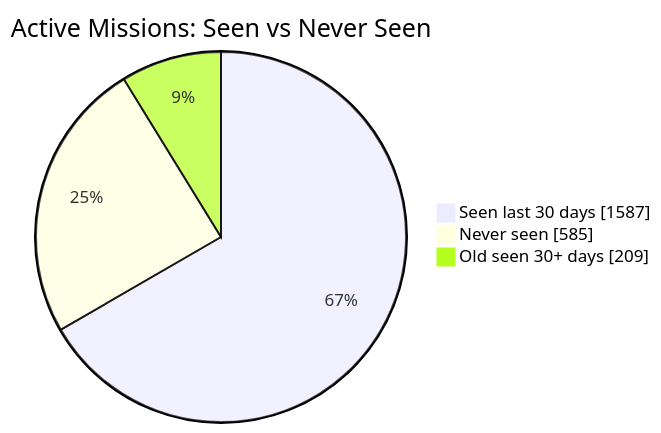
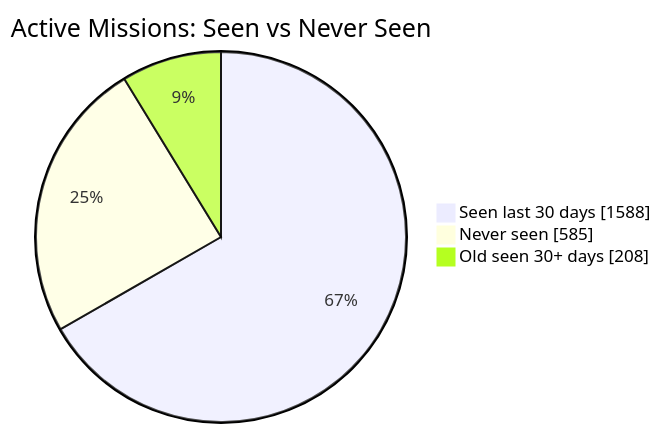
One commit to MeldkamerspelGameTeam/active-missions changed the first of 2 diagrams in README.md. Above: the diagram before and after it, drawn with Mermaid. The commit also changed other lines of this file and 4 other files, not shown here.

````diff
--- a/README.md
+++ b/README.md
@@ -34,7 +34,7 @@
 ```mermaid
 pie showData
     title Active Missions: Seen vs Never Seen
-    "Seen last 30 days" : 1587
+    "Seen last 30 days" : 1588
     "Never seen" : 585
-    "Old seen 30+ days" : 209
+    "Old seen 30+ days" : 208
 ```
````
